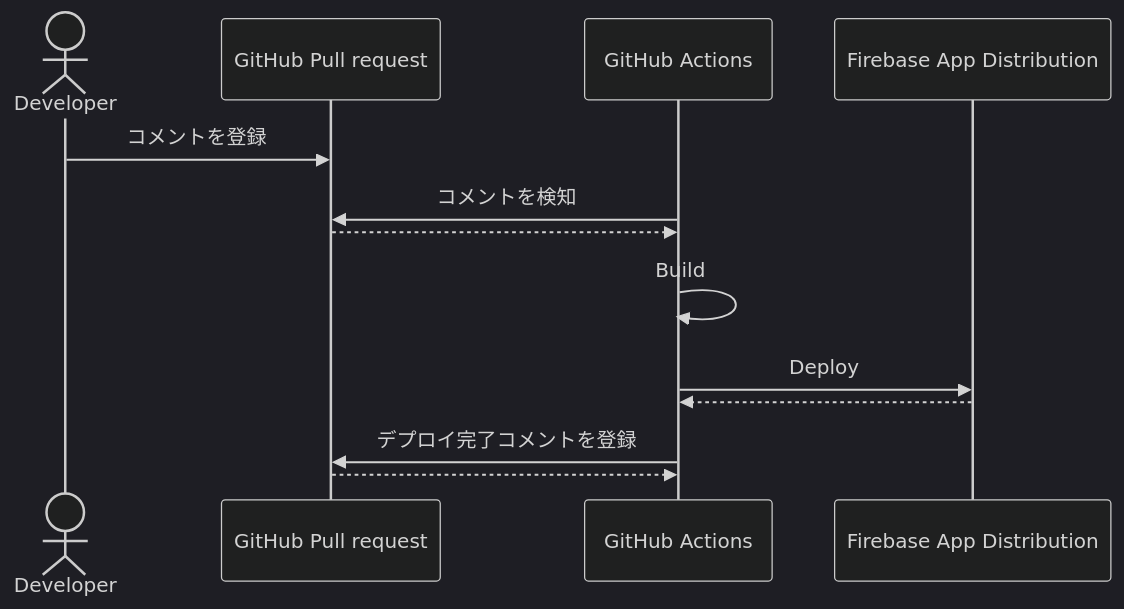
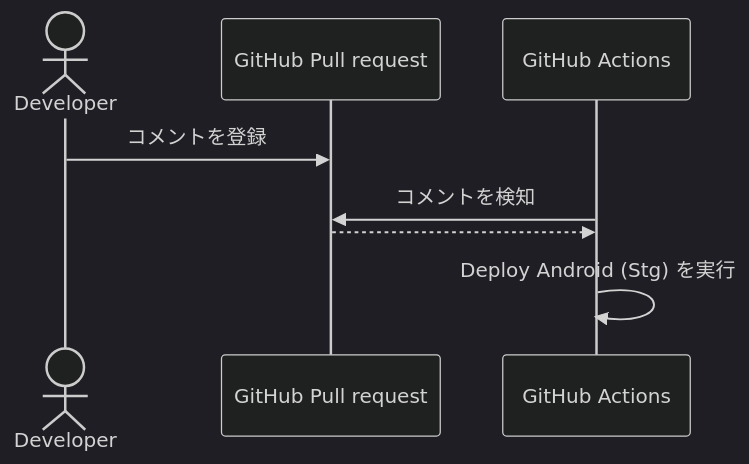
The second of 5 diagrams in doc/architecture/continuous_delivery.md (greendrop/flutter_news_sample), drawn with Mermaid (dark theme) before and after one commit. The commit also changed other lines of this file and 2 other files, not shown here.

Commit message:
Deploy Android (Prod) を workflow_dispatch と issue_comment(slash command) で分割

````diff
--- a/doc/architecture/continuous_delivery.md
+++ b/doc/architecture/continuous_delivery.md
@@ -27,16 +59,11 @@
 ```mermaid
 sequenceDiagram
   actor developer as Developer
   participant github_pr as GitHub Pull request
   participant github_actions as GitHub Actions
-  participant app_distribution as Firebase App Distribution
 
   developer ->> github_pr: コメントを登録
   github_actions ->> github_pr: コメントを検知
   github_pr -->> github_actions: 
-  github_actions ->> github_actions: Build
-  github_actions ->> app_distribution: Deploy
-  app_distribution -->> github_actions: 
-  github_actions ->> github_pr: デプロイ完了コメントを登録
-  github_pr -->> github_actions: 
+  github_actions ->> github_actions: Deploy Android (Stg) を実行
 ```
````
